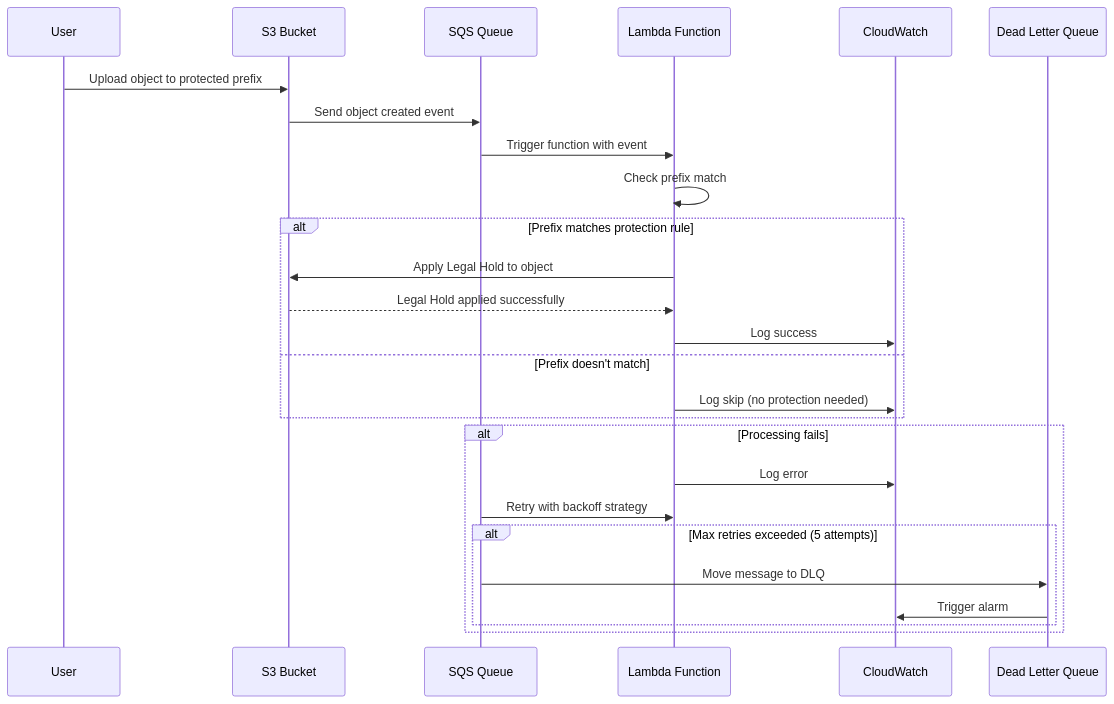
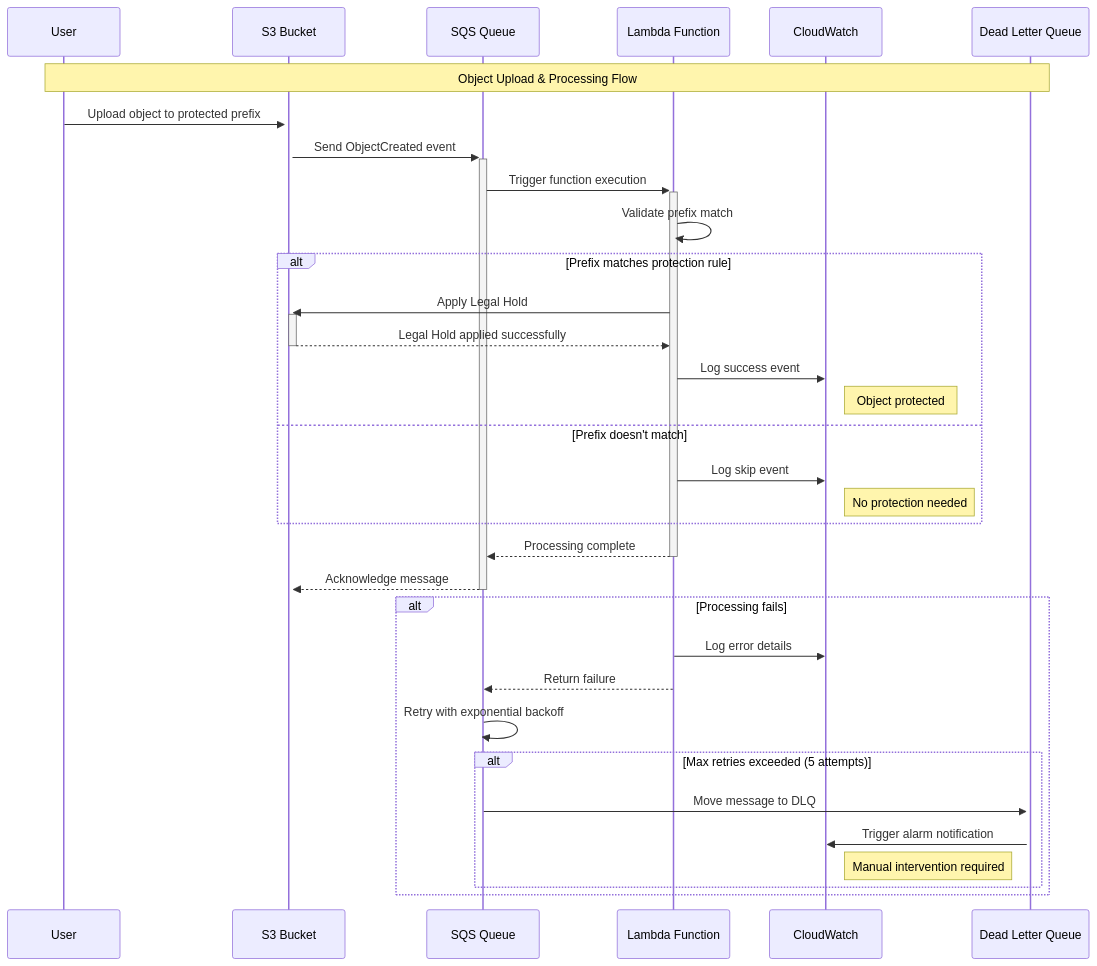
The second of 4 diagrams in README.md (ddpie/s3-prefix-protection), drawn with Mermaid before and after one commit. The commit also changed other lines of this file, not shown here.

First line of the commit message:
Enhance Mermaid diagrams for professional appearance

````diff
--- a/README.md
+++ b/README.md
@@ -31,29 +51,42 @@
 ```mermaid
 sequenceDiagram
-    participant User
+    participant U as User
     participant S3 as S3 Bucket
     participant SQS as SQS Queue
-    participant Lambda as Lambda Function
+    participant L as Lambda Function
     participant CW as CloudWatch
     participant DLQ as Dead Letter Queue
 
-    User->>S3: Upload object to protected prefix
-    S3->>SQS: Send object created event
-    SQS->>Lambda: Trigger function with event
-    Lambda->>Lambda: Check prefix match
+    Note over U,DLQ: Object Upload & Processing Flow
+    
+    U->>+S3: Upload object to protected prefix
+    S3->>+SQS: Send ObjectCreated event
+    SQS->>+L: Trigger function execution
+    
+    L->>L: Validate prefix match
+    
     alt Prefix matches protection rule
-        Lambda->>S3: Apply Legal Hold to object
-        S3-->>Lambda: Legal Hold applied successfully
-        Lambda->>CW: Log success
+        L->>+S3: Apply Legal Hold
+        S3-->>-L: Legal Hold applied successfully
+        L->>CW: Log success event
+        Note right of CW: Object protected
     else Prefix doesn't match
-        Lambda->>CW: Log skip (no protection needed)
+        L->>CW: Log skip event
+        Note right of CW: No protection needed
     end
+    
+    L-->>-SQS: Processing complete
+    SQS-->>-S3: Acknowledge message
+    
     alt Processing fails
-        Lambda->>CW: Log error
-        SQS->>Lambda: Retry with backoff strategy
+        L->>CW: Log error details
+        L-->>SQS: Return failure
+        SQS->>SQS: Retry with exponential backoff
+        
         alt Max retries exceeded (5 attempts)
-            SQS->>DLQ: Move message to DLQ
-            DLQ->>CW: Trigger alarm
+            SQS->>+DLQ: Move message to DLQ
+            DLQ->>CW: Trigger alarm notification
+            Note right of CW: Manual intervention required
         end
     end
 ```
````
